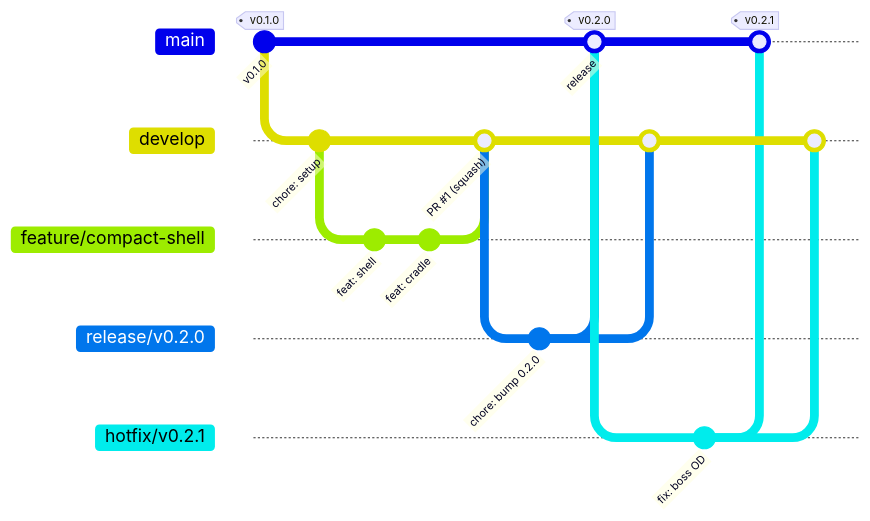
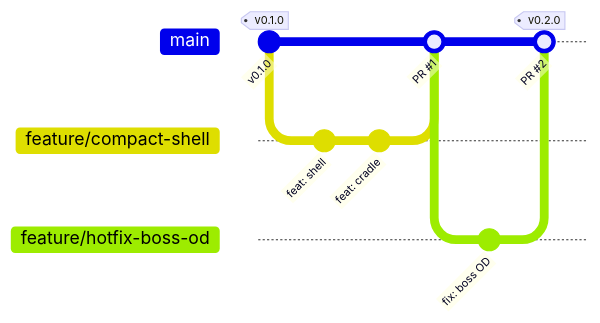
One commit to nielsverhoeven/magewell-converter-cases changed the diagram in CONTRIBUTING.md. Above: the diagram before and after it, drawn with Mermaid. The commit also changed other lines of this file and 8 other files, not shown here.

First line of the commit message:
docs(branching): simplified Git Flow — feature/* to main via PR, releases via tags

````diff
--- a/CONTRIBUTING.md
+++ b/CONTRIBUTING.md
@@ -48,28 +51,15 @@
 ```mermaid
 gitGraph
     commit id: "v0.1.0" tag: "v0.1.0"
-    branch develop
-    checkout develop
-    commit id: "chore: setup"
     branch feature/compact-shell
     checkout feature/compact-shell
     commit id: "feat: shell"
     commit id: "feat: cradle"
-    checkout develop
-    merge feature/compact-shell id: "PR #1 (squash)"
-    branch release/v0.2.0
-    checkout release/v0.2.0
-    commit id: "chore: bump 0.2.0"
     checkout main
-    merge release/v0.2.0 id: "release" tag: "v0.2.0"
-    checkout develop
-    merge release/v0.2.0
-    checkout main
-    branch hotfix/v0.2.1
-    checkout hotfix/v0.2.1
+    merge feature/compact-shell id: "PR #1"
+    branch feature/hotfix-boss-od
+    checkout feature/hotfix-boss-od
     commit id: "fix: boss OD"
     checkout main
-    merge hotfix/v0.2.1 tag: "v0.2.1"
-    checkout develop
-    merge hotfix/v0.2.1
+    merge feature/hotfix-boss-od id: "PR #2" tag: "v0.2.0"
 ```
````
